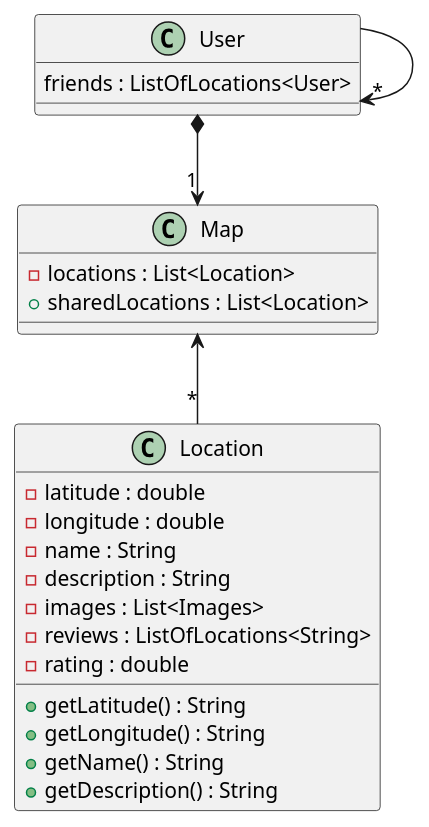
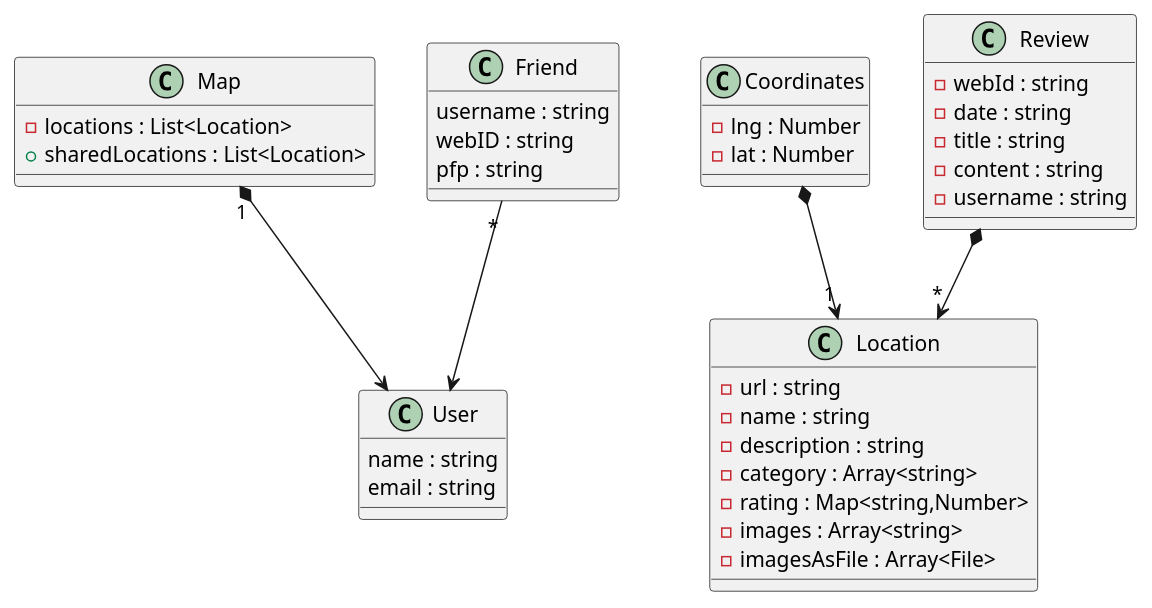
One commit to Arquisoft/lomap_en2a changed the diagram in docs/08_concepts.adoc. Above: the diagram before and after it, drawn with PlantUML. The commit also changed other lines of this file, not shown here.

Commit message:
More details in the user experience and renewed diagram.

```diff
--- a/docs/08_concepts.adoc
+++ b/docs/08_concepts.adoc
@@ -57,28 +57,42 @@
 [plantuml,Domain model,png]
 ----
 class Map
     Map : - locations : List<Location>
     Map : + sharedLocations : List<Location>
 
+class Coordinates
+    Coordinates : - lng : Number
+    Coordinates : - lat : Number
+
 class Location
-    Location : - latitude : double
-    Location : - longitude : double    
-    Location : - name : String
-    Location : - description : String
-    Location : - images : List<Images>
-    Location : - reviews : ListOfLocations<String>
-    Location : - rating : double
+    Location : - url : string
+    Location : - name : string
+    Location : - description : string
+    Location : - category : Array<string>
+    Location : - rating : Map<string,Number>
+    Location : - images : Array<string>
+    Location : - imagesAsFile : Array<File>
 
-    Location : + getLatitude() : String
-    Location : + getLongitude() : String
-    Location : + getName() : String
-    Location : + getDescription() : String
+class Review
+    Review : - webId : string
+    Review : - date : string
+    Review : - title : string
+    Review : - content : string
+    Review : - username : string
 
 class User
-    User : friends : ListOfLocations<User>
+    User : name : string
+    User : email : string
+
+class Friend
+    Friend : username : string
+    Friend : webID : string
+    Friend : pfp : string
 
 
-Map <-- "*" Location
-User *--> "1" Map
-User --> "*" User
+
+Coordinates *--> "1" Location
+Review *--> "*" Location
+Map "1" *--> User
+Friend "*" --> User
 ----
```
